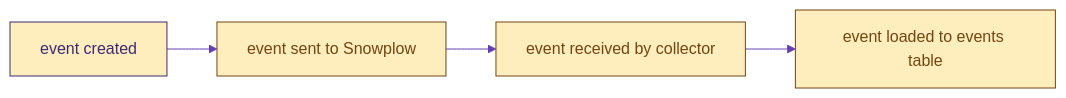
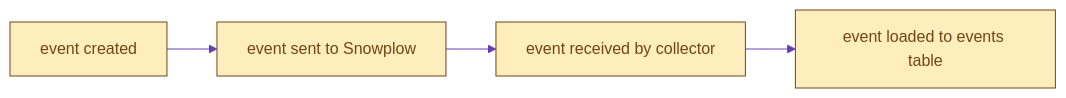
Before and after one commit to snowplow/documentation: the second of 4 diagrams in docs/modeling-your-data/modeling-your-data-with-dbt/dbt-advanced-usage/dbt-timestamps/index.md, drawn with Mermaid. The commit also changed other lines of this file, not shown here.

````diff
--- a/docs/modeling-your-data/modeling-your-data-with-dbt/dbt-advanced-usage/dbt-timestamps/index.md
+++ b/docs/modeling-your-data/modeling-your-data-with-dbt/dbt-advanced-usage/dbt-timestamps/index.md
@@ -49,14 +49,14 @@
 ```mermaid
 graph LR
-    style A color:#3F2874, fill:#FEEEBD, stroke:#3F2874, stroke-width:1px;
+    style A color:#724512, fill:#FEEEBD, stroke:#724512, stroke-width:1px;
     style B color:#724512, fill:#FEEEBD, stroke:#724512, stroke-width:1px;
     style C color:#724512, fill:#FEEEBD, stroke:#724512, stroke-width:1px;
     style D color:#724512, fill:#FEEEBD, stroke:#724512, stroke-width:1px;
     
     linkStyle default stroke-width:px,fill:#633EB5,stroke:#633EB5,color:#FEEEBD
 
 
     A[event created] -->B[event sent to Snowplow]
     B[event sent to Snowplow] --> C[event received by collector]
     C[event received by collector] --> D[event loaded to events table] 
 ```
````
